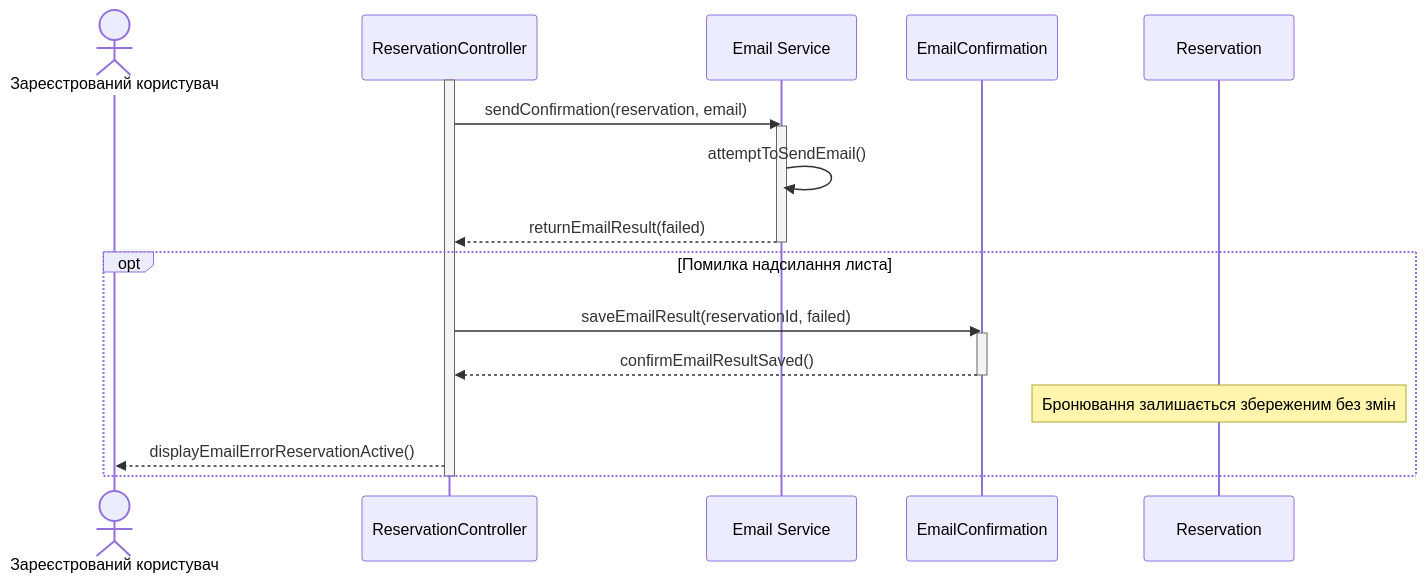
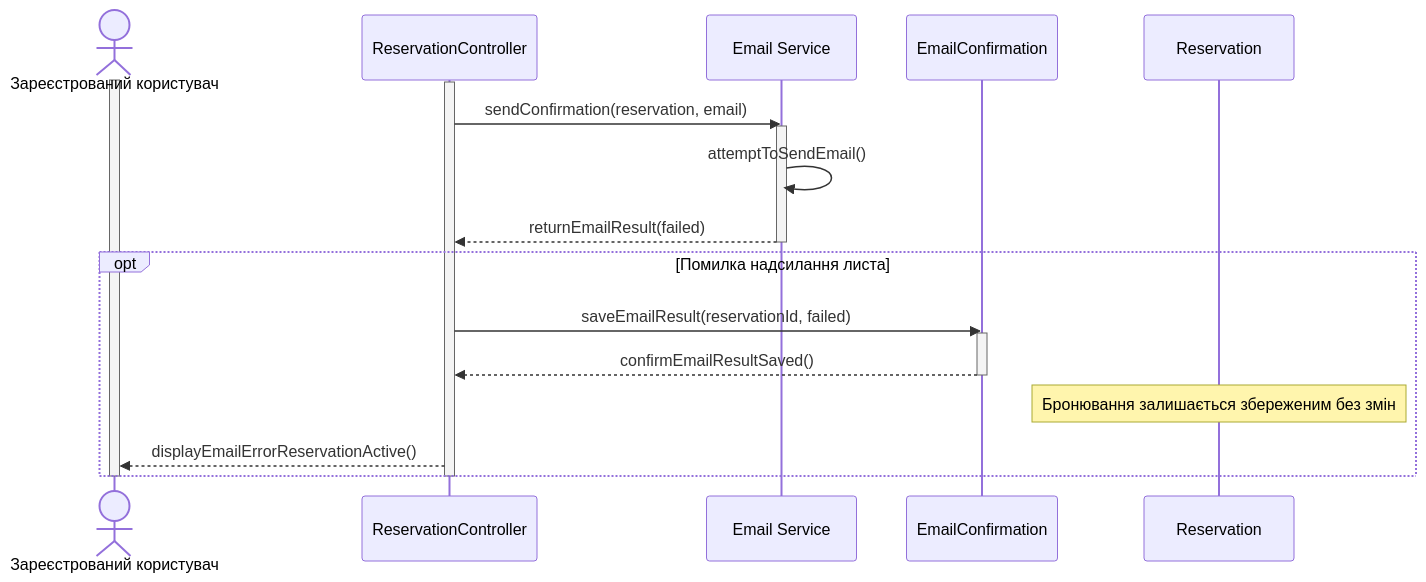
Before and after one commit to Vvvvvaleriia/Labs-KPI: the diagram in lab3/scenario-3.md, drawn with Mermaid. The commit also changed other lines of this file, not shown here.

````diff
--- a/lab3/scenario-3.md
+++ b/lab3/scenario-3.md
@@ -30,28 +30,31 @@
 ```mermaid
 sequenceDiagram
- actor User as Зареєстрований користувач
+    actor User as Зареєстрований користувач
     participant RC as ReservationController
     participant ES as Email Service
     participant EC as EmailConfirmation
     participant R as Reservation
 
+    activate User
     activate RC
+
     RC->>ES: sendConfirmation(reservation, email)
     activate ES
     ES->>ES: attemptToSendEmail()
     ES-->>RC: returnEmailResult(failed)
     deactivate ES
 
     opt Помилка надсилання листа
         RC->>EC: saveEmailResult(reservationId, failed)
         activate EC
         EC-->>RC: confirmEmailResultSaved()
         deactivate EC
 
         Note over R: Бронювання залишається збереженим без змін
 
         RC-->>User: displayEmailErrorReservationActive()
     end
 
     deactivate RC
+    deactivate User
 ```
````
